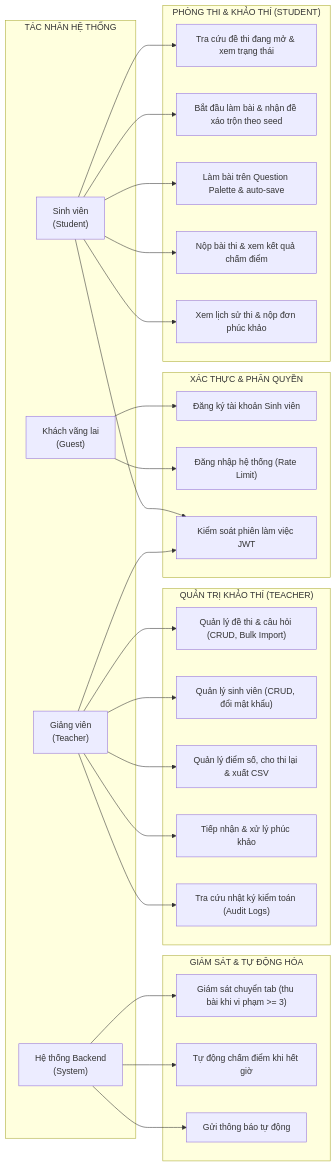
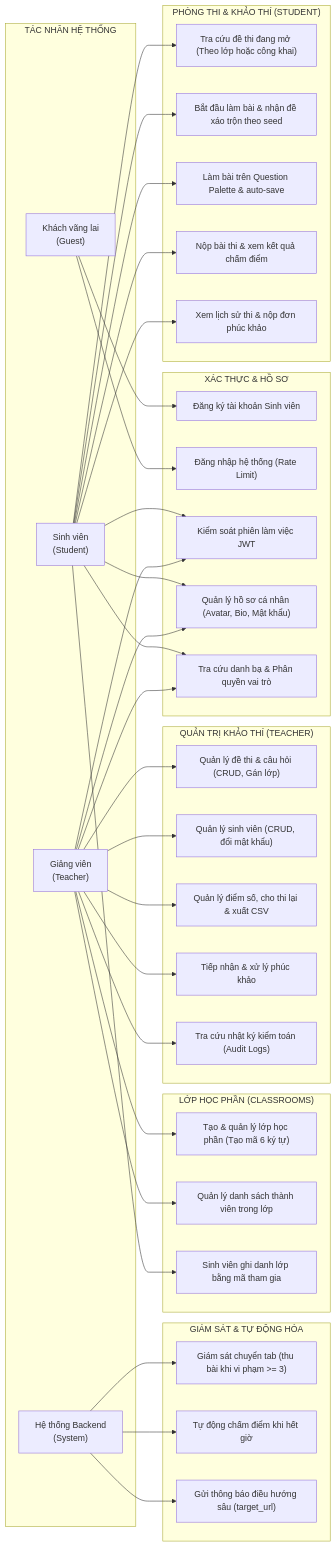
The second of 8 diagrams in ARCHITECTURE_AND_REPORT.md (NguenDung/exam-system-mvp), drawn with Mermaid before and after one commit. The commit also changed other lines of this file and 23 other files, not shown here.

````diff
--- a/ARCHITECTURE_AND_REPORT.md
+++ b/ARCHITECTURE_AND_REPORT.md
@@ -240,58 +270,73 @@
 ```mermaid
 flowchart LR
     subgraph Tác_nhân["TÁC NHÂN HỆ THỐNG"]
         Guest["Khách vãng lai<br/>(Guest)"]
         Student["Sinh viên<br/>(Student)"]
         Teacher["Giảng viên<br/>(Teacher)"]
         System["Hệ thống Backend<br/>(System)"]
     end
 
-    subgraph Nhom_Auth["XÁC THỰC & PHÂN QUYỀN"]
+    subgraph Nhom_Auth["XÁC THỰC & HỒ SƠ"]
         UC01_1["Đăng ký tài khoản Sinh viên"]
         UC01_2["Đăng nhập hệ thống (Rate Limit)"]
         UC01_3["Kiểm soát phiên làm việc JWT"]
+        UC09["Quản lý hồ sơ cá nhân (Avatar, Bio, Mật khẩu)"]
+        UC09_Dir["Tra cứu danh bạ & Phân quyền vai trò"]
+    end
+
+    subgraph Nhom_Class["LỚP HỌC PHẦN (CLASSROOMS)"]
+        UC10_T["Tạo & quản lý lớp học phần (Tạo mã 6 ký tự)"]
+        UC10_M["Quản lý danh sách thành viên trong lớp"]
+        UC10_S["Sinh viên ghi danh lớp bằng mã tham gia"]
     end
 
     subgraph Nhom_Teacher["QUẢN TRỊ KHẢO THÍ (TEACHER)"]
-        UC02["Quản lý đề thi & câu hỏi (CRUD, Bulk Import)"]
+        UC02["Quản lý đề thi & câu hỏi (CRUD, Gán lớp)"]
         UC03["Quản lý sinh viên (CRUD, đổi mật khẩu)"]
         UC05_T["Quản lý điểm số, cho thi lại & xuất CSV"]
         UC06_T["Tiếp nhận & xử lý phúc khảo"]
         UC08["Tra cứu nhật ký kiểm toán (Audit Logs)"]
     end
 
     subgraph Nhom_Student["PHÒNG THI & KHẢO THÍ (STUDENT)"]
-        UC04_1["Tra cứu đề thi đang mở & xem trạng thái"]
+        UC04_1["Tra cứu đề thi đang mở (Theo lớp hoặc công khai)"]
         UC04_2["Bắt đầu làm bài & nhận đề xáo trộn theo seed"]
         UC04_3["Làm bài trên Question Palette & auto-save"]
         UC04_4["Nộp bài thi & xem kết quả chấm điểm"]
         UC06_S["Xem lịch sử thi & nộp đơn phúc khảo"]
     end
 
     subgraph Nhom_System["GIÁM SÁT & TỰ ĐỘNG HÓA"]
         UC04_Sys["Giám sát chuyển tab (thu bài khi vi phạm >= 3)"]
         UC05_Sys["Tự động chấm điểm khi hết giờ"]
-        UC07["Gửi thông báo tự động"]
+        UC07["Gửi thông báo điều hướng sâu (target_url)"]
     end
 
     Guest --> UC01_1
     Guest --> UC01_2
 
     Student --> UC01_3
+    Student --> UC09
+    Student --> UC09_Dir
+    Student --> UC10_S
     Student --> UC04_1
     Student --> UC04_2
     Student --> UC04_3
     Student --> UC04_4
     Student --> UC06_S
 
     Teacher --> UC01_3
+    Teacher --> UC09
+    Teacher --> UC09_Dir
+    Teacher --> UC10_T
+    Teacher --> UC10_M
     Teacher --> UC02
     Teacher --> UC03
     Teacher --> UC05_T
     Teacher --> UC06_T
     Teacher --> UC08
 
     System --> UC04_Sys
     System --> UC05_Sys
     System --> UC07
 ```
````
